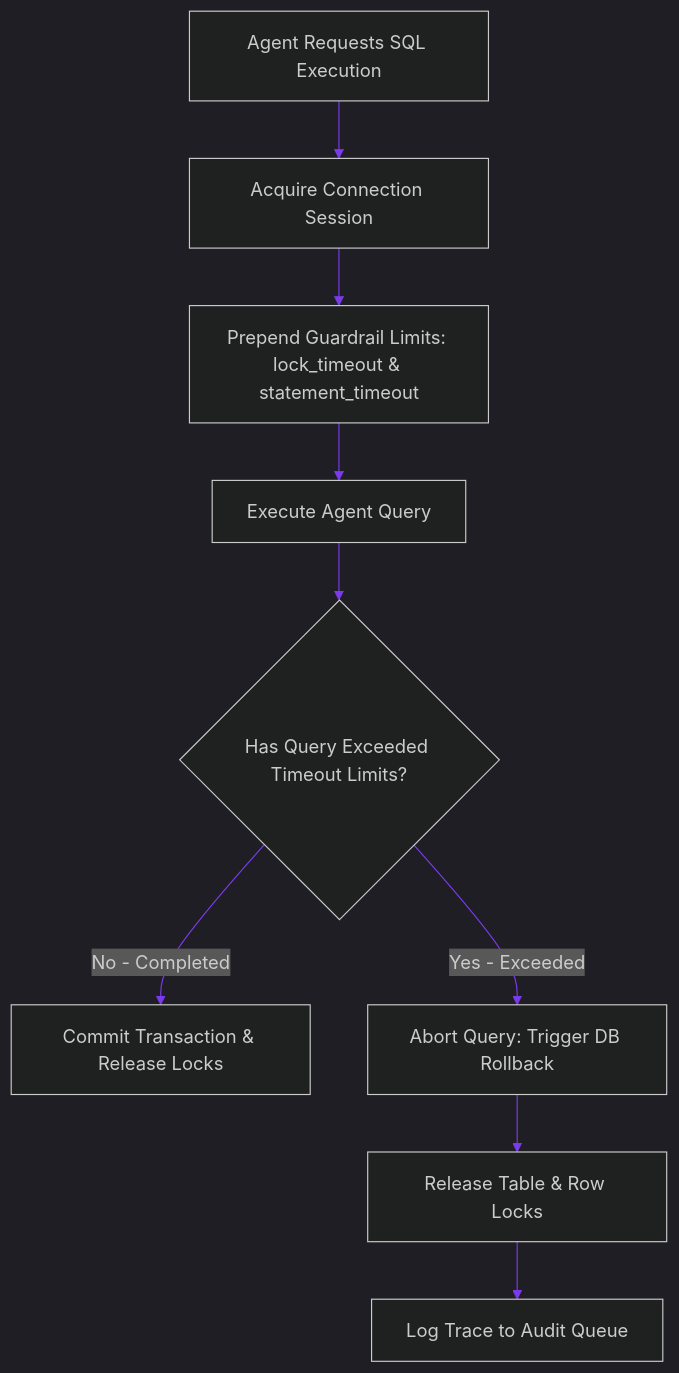
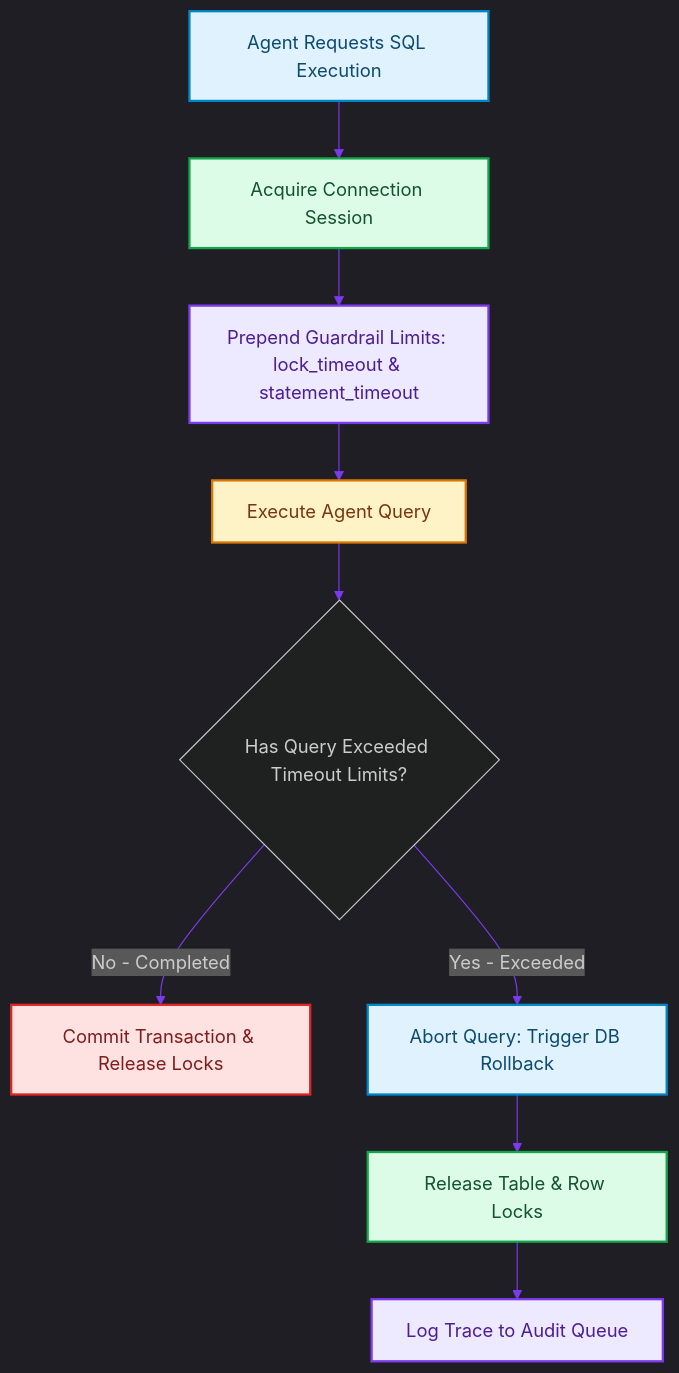
Before and after one commit to akmalkhaniub/akmalkhaniub.github.io: the diagram in blog/posts/database-transaction-locking-deadlock-guardrails.md, drawn with Mermaid. The commit also changed other lines of this file and 1291 other files, not shown here.

First line of the commit message:
feat(catalog): unique covers, scholarly references, and diagram palettes

````diff
--- a/blog/posts/database-transaction-locking-deadlock-guardrails.md
+++ b/blog/posts/database-transaction-locking-deadlock-guardrails.md
@@ -16,15 +16,26 @@
 ```mermaid
 %%{init: {'theme': 'dark', 'themeVariables': { 'primaryColor': '#7c3aed', 'primaryTextColor': '#f3f4f6', 'primaryBorderColor': '#a78bfa', 'lineColor': '#7c3aed', 'secondaryColor': '#111827', 'tertiaryColor': '#0b0f19'}}}%%
 flowchart TD
-    SQL[Agent Requests SQL Execution] --> Session[Acquire Connection Session]
-    Session --> Prepend[Prepend Guardrail Limits: lock_timeout & statement_timeout]
+    SQL["Agent Requests SQL Execution"] --> Session["Acquire Connection Session"]
+    Session --> Prepend["Prepend Guardrail Limits: lock_timeout & statement_timeout"]
     
-    Prepend --> RunQuery[Execute Agent Query]
+    Prepend --> RunQuery["Execute Agent Query"]
     RunQuery --> CheckTimeout{Has Query Exceeded Timeout Limits?}
     
-    CheckTimeout -->|No - Completed| Commit[Commit Transaction & Release Locks]
-    CheckTimeout -->|Yes - Exceeded| Abort[Abort Query: Trigger DB Rollback]
+    CheckTimeout -->|No - Completed| Commit["Commit Transaction & Release Locks"]
+    CheckTimeout -->|Yes - Exceeded| Abort["Abort Query: Trigger DB Rollback"]
     
-    Abort --> Release[Release Table & Row Locks]
-    Release --> Log[Log Trace to Audit Queue]
+    Abort --> Release["Release Table & Row Locks"]
+    Release --> Log["Log Trace to Audit Queue"]
+
+classDef green fill:#dcfce7,stroke:#16a34a,stroke-width:2px,color:#14532d;
+classDef red fill:#fee2e2,stroke:#dc2626,stroke-width:2px,color:#7f1d1d;
+classDef blue fill:#e0f2fe,stroke:#0284c7,stroke-width:2px,color:#0c4a6e;
+classDef yellow fill:#fef3c7,stroke:#d97706,stroke-width:2px,color:#78350f;
+classDef purple fill:#ede9fe,stroke:#7c3aed,stroke-width:2px,color:#4c1d95;
+class SQL,Abort blue
+class Session,Release green
+class Prepend,Log purple
+class RunQuery yellow
+class Commit red
 ```
````
